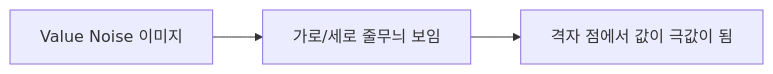
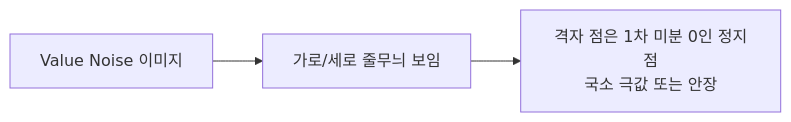
The second of 7 diagrams in math/part10_procedural_noise.md (Rein-ArXiv/game-dev-curriculum), drawn with Mermaid before and after one commit. The commit also changed other lines of this file and 279 other files, not shown here.

````diff
--- a/math/part10_procedural_noise.md
+++ b/math/part10_procedural_noise.md
@@ -152,5 +152,5 @@
 ```mermaid
 flowchart LR
     Image[Value Noise 이미지] --> Pattern[가로/세로 줄무늬 보임]
-    Pattern --> Reason[격자 점에서 값이 극값이 됨]
+    Pattern --> Reason[격자 점은 1차 미분 0인 정지점<br/>국소 극값 또는 안장]
 ```
````
